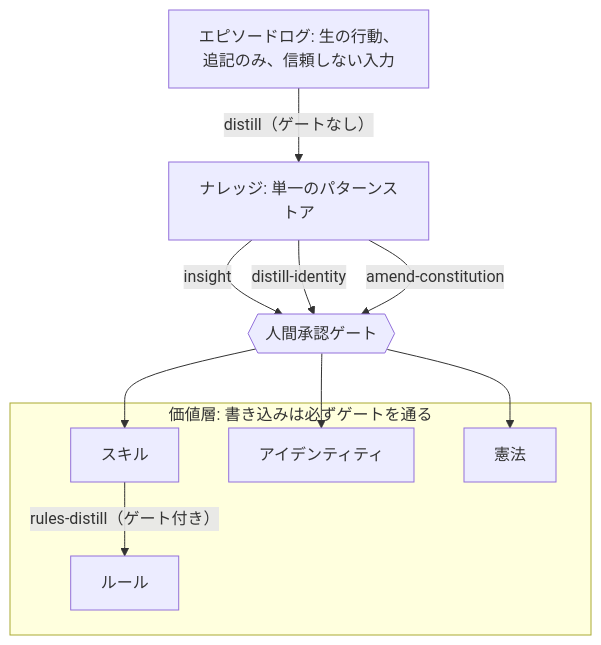
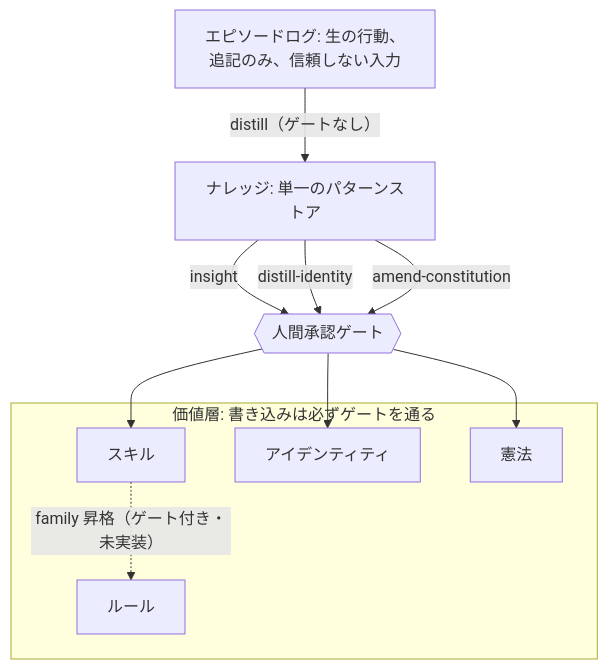
The diagram in README.ja.md (shimo4228/contemplative-agent), drawn with Mermaid before and after one commit. The commit also changed other lines of this file and 73 other files, not shown here.

````diff
--- a/README.ja.md
+++ b/README.ja.md
@@ -46,18 +46,18 @@
 ```mermaid
 graph TD
     EL["エピソードログ: 生の行動、追記のみ、信頼しない入力"]
     K["ナレッジ: 単一のパターンストア"]
     G{{"人間承認ゲート"}}
     EL -->|"distill（ゲートなし）"| K
     K -->|insight| G
     K -->|distill-identity| G
     K -->|amend-constitution| G
     subgraph VL["価値層: 書き込みは必ずゲートを通る"]
-        Skills["スキル"] -->|"rules-distill（ゲート付き）"| Rules["ルール"]
+        Skills["スキル"] -.->|"family 昇格（ゲート付き・未実装）"| Rules["ルール"]
         Identity["アイデンティティ"]
         Constitution["憲法"]
     end
     G --> Skills
     G --> Identity
     G --> Constitution
 ```
````
